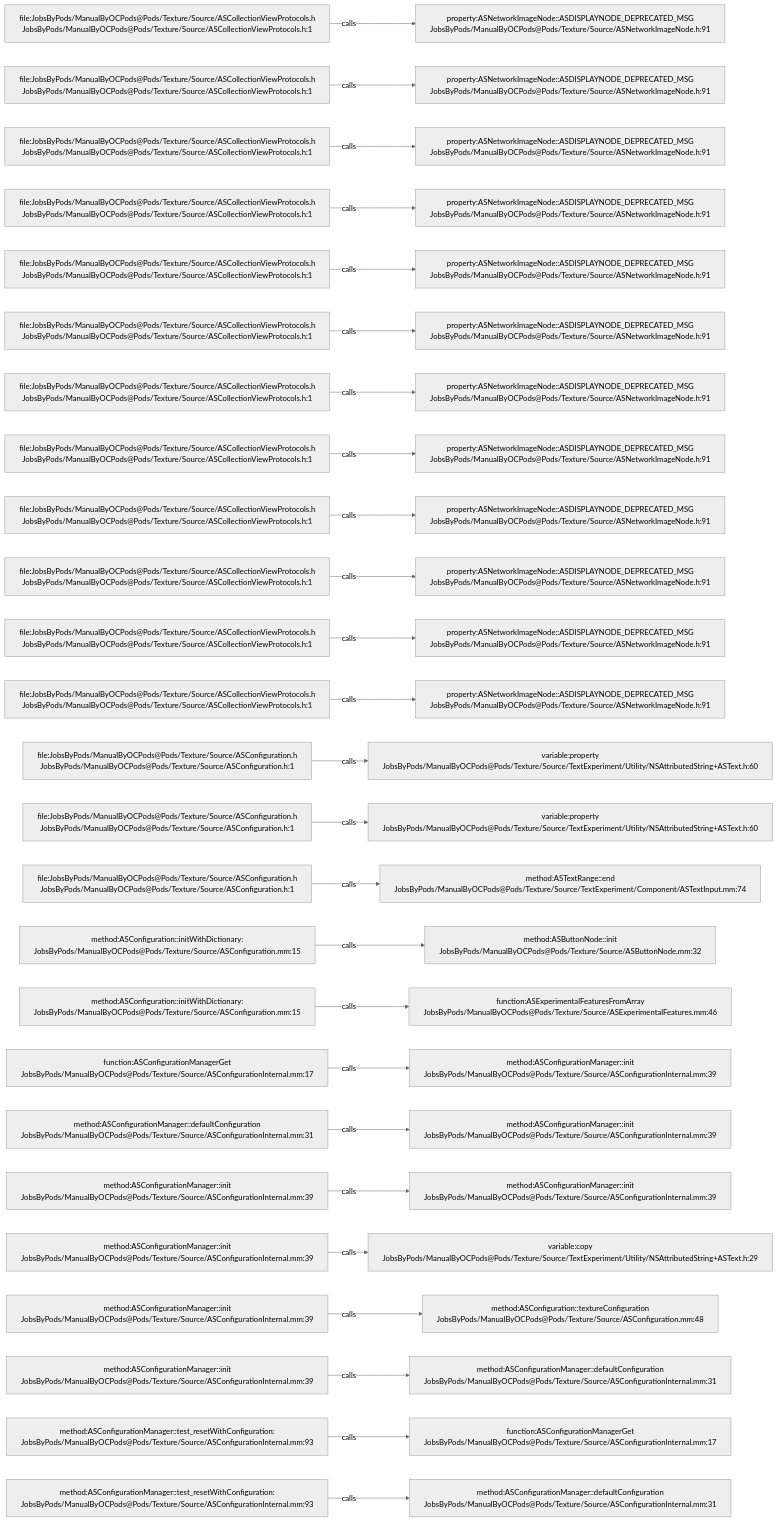
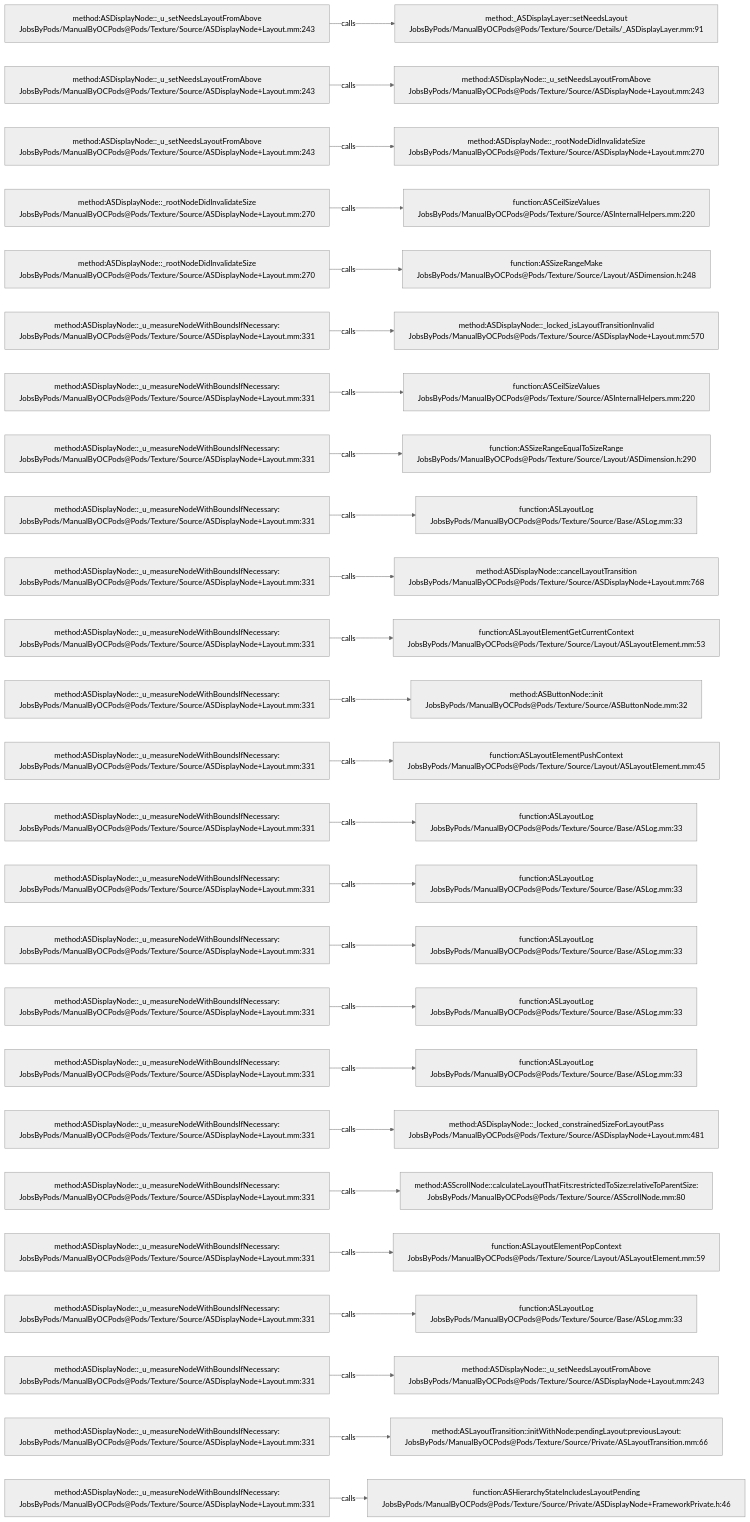
Before and after one commit to JobsKits/JobsOCBaseConfigDemo: the diagram in .codegraph/codegraph.md/graphs/calls-083.md, drawn with Mermaid (neutral theme). The commit also changed 1448 other files, not shown here.

````diff
--- a/.codegraph/codegraph.md/graphs/calls-083.md
+++ b/.codegraph/codegraph.md/graphs/calls-083.md
@@ -13,78 +13,78 @@
 ```mermaid
 flowchart LR
-  S1["file:JobsByPods/ManualByOCPods@Pods/Texture/Source/ASCollectionViewProtocols.h<br/>JobsByPods/ManualByOCPods@Pods/Texture/Source/ASCollectionViewProtocols.h:1"]
-  T1["property:ASNetworkImageNode::ASDISPLAYNODE_DEPRECATED_MSG<br/>JobsByPods/ManualByOCPods@Pods/Texture/Source/ASNetworkImageNode.h:91"]
+  S1["method:ASDisplayNode::_u_setNeedsLayoutFromAbove<br/>JobsByPods/ManualByOCPods@Pods/Texture/Source/ASDisplayNode+Layout.mm:243"]
+  T1["method:_ASDisplayLayer::setNeedsLayout<br/>JobsByPods/ManualByOCPods@Pods/Texture/Source/Details/_ASDisplayLayer.mm:91"]
   S1 -->|calls| T1
-  S2["file:JobsByPods/ManualByOCPods@Pods/Texture/Source/ASCollectionViewProtocols.h<br/>JobsByPods/ManualByOCPods@Pods/Texture/Source/ASCollectionViewProtocols.h:1"]
-  T2["property:ASNetworkImageNode::ASDISPLAYNODE_DEPRECATED_MSG<br/>JobsByPods/ManualByOCPods@Pods/Texture/Source/ASNetworkImageNode.h:91"]
+  S2["method:ASDisplayNode::_u_setNeedsLayoutFromAbove<br/>JobsByPods/ManualByOCPods@Pods/Texture/Source/ASDisplayNode+Layout.mm:243"]
+  T2["method:ASDisplayNode::_u_setNeedsLayoutFromAbove<br/>JobsByPods/ManualByOCPods@Pods/Texture/Source/ASDisplayNode+Layout.mm:243"]
   S2 -->|calls| T2
-  S3["file:JobsByPods/ManualByOCPods@Pods/Texture/Source/ASCollectionViewProtocols.h<br/>JobsByPods/ManualByOCPods@Pods/Texture/Source/ASCollectionViewProtocols.h:1"]
-  T3["property:ASNetworkImageNode::ASDISPLAYNODE_DEPRECATED_MSG<br/>JobsByPods/ManualByOCPods@Pods/Texture/Source/ASNetworkImageNode.h:91"]
+  S3["method:ASDisplayNode::_u_setNeedsLayoutFromAbove<br/>JobsByPods/ManualByOCPods@Pods/Texture/Source/ASDisplayNode+Layout.mm:243"]
+  T3["method:ASDisplayNode::_rootNodeDidInvalidateSize<br/>JobsByPods/ManualByOCPods@Pods/Texture/Source/ASDisplayNode+Layout.mm:270"]
   S3 -->|calls| T3
-  S4["file:JobsByPods/ManualByOCPods@Pods/Texture/Source/ASCollectionViewProtocols.h<br/>JobsByPods/ManualByOCPods@Pods/Texture/Source/ASCollectionViewProtocols.h:1"]
-  T4["property:ASNetworkImageNode::ASDISPLAYNODE_DEPRECATED_MSG<br/>JobsByPods/ManualByOCPods@Pods/Texture/Source/ASNetworkImageNode.h:91"]
+  S4["method:ASDisplayNode::_rootNodeDidInvalidateSize<br/>JobsByPods/ManualByOCPods@Pods/Texture/Source/ASDisplayNode+Layout.mm:270"]
+  T4["function:ASCeilSizeValues<br/>JobsByPods/ManualByOCPods@Pods/Texture/Source/ASInternalHelpers.mm:220"]
   S4 -->|calls| T4
-  S5["file:JobsByPods/ManualByOCPods@Pods/Texture/Source/ASCollectionViewProtocols.h<br/>JobsByPods/ManualByOCPods@Pods/Texture/Source/ASCollectionViewProtocols.h:1"]
-  T5["property:ASNetworkImageNode::ASDISPLAYNODE_DEPRECATED_MSG<br/>JobsByPods/ManualByOCPods@Pods/Texture/Source/ASNetworkImageNode.h:91"]
+  S5["method:ASDisplayNode::_rootNodeDidInvalidateSize<br/>JobsByPods/ManualByOCPods@Pods/Texture/Source/ASDisplayNode+Layout.mm:270"]
+  T5["function:ASSizeRangeMake<br/>JobsByPods/ManualByOCPods@Pods/Texture/Source/Layout/ASDimension.h:248"]
   S5 -->|calls| T5
-  S6["file:JobsByPods/ManualByOCPods@Pods/Texture/Source/ASCollectionViewProtocols.h<br/>JobsByPods/ManualByOCPods@Pods/Texture/Source/ASCollectionViewProtocols.h:1"]
-  T6["property:ASNetworkImageNode::ASDISPLAYNODE_DEPRECATED_MSG<br/>JobsByPods/ManualByOCPods@Pods/Texture/Source/ASNetworkImageNode.h:91"]
+  S6["method:ASDisplayNode::_u_measureNodeWithBoundsIfNecessary:<br/>JobsByPods/ManualByOCPods@Pods/Texture/Source/ASDisplayNode+Layout.mm:331"]
+  T6["method:ASDisplayNode::_locked_isLayoutTransitionInvalid<br/>JobsByPods/ManualByOCPods@Pods/Texture/Source/ASDisplayNode+Layout.mm:570"]
   S6 -->|calls| T6
-  S7["file:JobsByPods/ManualByOCPods@Pods/Texture/Source/ASCollectionViewProtocols.h<br/>JobsByPods/ManualByOCPods@Pods/Texture/Source/ASCollectionViewProtocols.h:1"]
-  T7["property:ASNetworkImageNode::ASDISPLAYNODE_DEPRECATED_MSG<br/>JobsByPods/ManualByOCPods@Pods/Texture/Source/ASNetworkImageNode.h:91"]
+  S7["method:ASDisplayNode::_u_measureNodeWithBoundsIfNecessary:<br/>JobsByPods/ManualByOCPods@Pods/Texture/Source/ASDisplayNode+Layout.mm:331"]
+  T7["function:ASCeilSizeValues<br/>JobsByPods/ManualByOCPods@Pods/Texture/Source/ASInternalHelpers.mm:220"]
   S7 -->|calls| T7
-  S8["file:JobsByPods/ManualByOCPods@Pods/Texture/Source/ASCollectionViewProtocols.h<br/>JobsByPods/ManualByOCPods@Pods/Texture/Source/ASCollectionViewProtocols.h:1"]
-  T8["property:ASNetworkImageNode::ASDISPLAYNODE_DEPRECATED_MSG<br/>JobsByPods/ManualByOCPods@Pods/Texture/Source/ASNetworkImageNode.h:91"]
+  S8["method:ASDisplayNode::_u_measureNodeWithBoundsIfNecessary:<br/>JobsByPods/ManualByOCPods@Pods/Texture/Source/ASDisplayNode+Layout.mm:331"]
+  T8["function:ASSizeRangeEqualToSizeRange<br/>JobsByPods/ManualByOCPods@Pods/Texture/Source/Layout/ASDimension.h:290"]
   S8 -->|calls| T8
-  S9["file:JobsByPods/ManualByOCPods@Pods/Texture/Source/ASCollectionViewProtocols.h<br/>JobsByPods/ManualByOCPods@Pods/Texture/Source/ASCollectionViewProtocols.h:1"]
-  T9["property:ASNetworkImageNode::ASDISPLAYNODE_DEPRECATED_MSG<br/>JobsByPods/ManualByOCPods@Pods/Texture/Source/ASNetworkImageNode.h:91"]
+  S9["method:ASDisplayNode::_u_measureNodeWithBoundsIfNecessary:<br/>JobsByPods/ManualByOCPods@Pods/Texture/Source/ASDisplayNode+Layout.mm:331"]
+  T9["function:ASLayoutLog<br/>JobsByPods/ManualByOCPods@Pods/Texture/Source/Base/ASLog.mm:33"]
   S9 -->|calls| T9
-  S10["file:JobsByPods/ManualByOCPods@Pods/Texture/Source/ASCollectionViewProtocols.h<br/>JobsByPods/ManualByOCPods@Pods/Texture/Source/ASCollectionViewProtocols.h:1"]
-  T10["property:ASNetworkImageNode::ASDISPLAYNODE_DEPRECATED_MSG<br/>JobsByPods/ManualByOCPods@Pods/Texture/Source/ASNetworkImageNode.h:91"]
+  S10["method:ASDisplayNode::_u_measureNodeWithBoundsIfNecessary:<br/>JobsByPods/ManualByOCPods@Pods/Texture/Source/ASDisplayNode+Layout.mm:331"]
+  T10["method:ASDisplayNode::cancelLayoutTransition<br/>JobsByPods/ManualByOCPods@Pods/Texture/Source/ASDisplayNode+Layout.mm:768"]
   S10 -->|calls| T10
-  S11["file:JobsByPods/ManualByOCPods@Pods/Texture/Source/ASCollectionViewProtocols.h<br/>JobsByPods/ManualByOCPods@Pods/Texture/Source/ASCollectionViewProtocols.h:1"]
-  T11["property:ASNetworkImageNode::ASDISPLAYNODE_DEPRECATED_MSG<br/>JobsByPods/ManualByOCPods@Pods/Texture/Source/ASNetworkImageNode.h:91"]
+  S11["method:ASDisplayNode::_u_measureNodeWithBoundsIfNecessary:<br/>JobsByPods/ManualByOCPods@Pods/Texture/Source/ASDisplayNode+Layout.mm:331"]
+  T11["function:ASLayoutElementGetCurrentContext<br/>JobsByPods/ManualByOCPods@Pods/Texture/Source/Layout/ASLayoutElement.mm:53"]
   S11 -->|calls| T11
-  S12["file:JobsByPods/ManualByOCPods@Pods/Texture/Source/ASCollectionViewProtocols.h<br/>JobsByPods/ManualByOCPods@Pods/Texture/Source/ASCollectionViewProtocols.h:1"]
-  T12["property:ASNetworkImageNode::ASDISPLAYNODE_DEPRECATED_MSG<br/>JobsByPods/ManualByOCPods@Pods/Texture/Source/ASNetworkImageNode.h:91"]
+  S12["method:ASDisplayNode::_u_measureNodeWithBoundsIfNecessary:<br/>JobsByPods/ManualByOCPods@Pods/Texture/Source/ASDisplayNode+Layout.mm:331"]
+  T12["method:ASButtonNode::init<br/>JobsByPods/ManualByOCPods@Pods/Texture/Source/ASButtonNode.mm:32"]
   S12 -->|calls| T12
-  S13["file:JobsByPods/ManualByOCPods@Pods/Texture/Source/ASConfiguration.h<br/>JobsByPods/ManualByOCPods@Pods/Texture/Source/ASConfiguration.h:1"]
-  T13["variable:property<br/>JobsByPods/ManualByOCPods@Pods/Texture/Source/TextExperiment/Utility/NSAttributedString+ASText.h:60"]
+  S13["method:ASDisplayNode::_u_measureNodeWithBoundsIfNecessary:<br/>JobsByPods/ManualByOCPods@Pods/Texture/Source/ASDisplayNode+Layout.mm:331"]
+  T13["function:ASLayoutElementPushContext<br/>JobsByPods/ManualByOCPods@Pods/Texture/Source/Layout/ASLayoutElement.mm:45"]
   S13 -->|calls| T13
-  S14["file:JobsByPods/ManualByOCPods@Pods/Texture/Source/ASConfiguration.h<br/>JobsByPods/ManualByOCPods@Pods/Texture/Source/ASConfiguration.h:1"]
-  T14["variable:property<br/>JobsByPods/ManualByOCPods@Pods/Texture/Source/TextExperiment/Utility/NSAttributedString+ASText.h:60"]
+  S14["method:ASDisplayNode::_u_measureNodeWithBoundsIfNecessary:<br/>JobsByPods/ManualByOCPods@Pods/Texture/Source/ASDisplayNode+Layout.mm:331"]
+  T14["function:ASLayoutLog<br/>JobsByPods/ManualByOCPods@Pods/Texture/Source/Base/ASLog.mm:33"]
   S14 -->|calls| T14
-  S15["file:JobsByPods/ManualByOCPods@Pods/Texture/Source/ASConfiguration.h<br/>JobsByPods/ManualByOCPods@Pods/Texture/Source/ASConfiguration.h:1"]
-  T15["method:ASTextRange::end<br/>JobsByPods/ManualByOCPods@Pods/Texture/Source/TextExperiment/Component/ASTextInput.mm:74"]
+  S15["method:ASDisplayNode::_u_measureNodeWithBoundsIfNecessary:<br/>JobsByPods/ManualByOCPods@Pods/Texture/Source/ASDisplayNode+Layout.mm:331"]
+  T15["function:ASLayoutLog<br/>JobsByPods/ManualByOCPods@Pods/Texture/Source/Base/ASLog.mm:33"]
   S15 -->|calls| T15
-  S16["method:ASConfiguration::initWithDictionary:<br/>JobsByPods/ManualByOCPods@Pods/Texture/Source/ASConfiguration.mm:15"]
-  T16["method:ASButtonNode::init<br/>JobsByPods/ManualByOCPods@Pods/Texture/Source/ASButtonNode.mm:32"]
+  S16["method:ASDisplayNode::_u_measureNodeWithBoundsIfNecessary:<br/>JobsByPods/ManualByOCPods@Pods/Texture/Source/ASDisplayNode+Layout.mm:331"]
+  T16["function:ASLayoutLog<br/>JobsByPods/ManualByOCPods@Pods/Texture/Source/Base/ASLog.mm:33"]
   S16 -->|calls| T16
-  S17["method:ASConfiguration::initWithDictionary:<br/>JobsByPods/ManualByOCPods@Pods/Texture/Source/ASConfiguration.mm:15"]
-  T17["function:ASExperimentalFeaturesFromArray<br/>JobsByPods/ManualByOCPods@Pods/Texture/Source/ASExperimentalFeatures.mm:46"]
+  S17["method:ASDisplayNode::_u_measureNodeWithBoundsIfNecessary:<br/>JobsByPods/ManualByOCPods@Pods/Texture/Source/ASDisplayNode+Layout.mm:331"]
+  T17["function:ASLayoutLog<br/>JobsByPods/ManualByOCPods@Pods/Texture/Source/Base/ASLog.mm:33"]
   S17 -->|calls| T17
-  S18["function:ASConfigurationManagerGet<br/>JobsByPods/ManualByOCPods@Pods/Texture/Source/ASConfigurationInternal.mm:17"]
-  T18["method:ASConfigurationManager::init<br/>JobsByPods/ManualByOCPods@Pods/Texture/Source/ASConfigurationInternal.mm:39"]
+  S18["method:ASDisplayNode::_u_measureNodeWithBoundsIfNecessary:<br/>JobsByPods/ManualByOCPods@Pods/Texture/Source/ASDisplayNode+Layout.mm:331"]
+  T18["function:ASLayoutLog<br/>JobsByPods/ManualByOCPods@Pods/Texture/Source/Base/ASLog.mm:33"]
   S18 -->|calls| T18
-  S19["method:ASConfigurationManager::defaultConfiguration<br/>JobsByPods/ManualByOCPods@Pods/Texture/Source/ASConfigurationInternal.mm:31"]
-  T19["method:ASConfigurationManager::init<br/>JobsByPods/ManualByOCPods@Pods/Texture/Source/ASConfigurationInternal.mm:39"]
+  S19["method:ASDisplayNode::_u_measureNodeWithBoundsIfNecessary:<br/>JobsByPods/ManualByOCPods@Pods/Texture/Source/ASDisplayNode+Layout.mm:331"]
+  T19["method:ASDisplayNode::_locked_constrainedSizeForLayoutPass<br/>JobsByPods/ManualByOCPods@Pods/Texture/Source/ASDisplayNode+Layout.mm:481"]
   S19 -->|calls| T19
-  S20["method:ASConfigurationManager::init<br/>JobsByPods/ManualByOCPods@Pods/Texture/Source/ASConfigurationInternal.mm:39"]
-  T20["method:ASConfigurationManager::init<br/>JobsByPods/ManualByOCPods@Pods/Texture/Source/ASConfigurationInternal.mm:39"]
+  S20["method:ASDisplayNode::_u_measureNodeWithBoundsIfNecessary:<br/>JobsByPods/ManualByOCPods@Pods/Texture/Source/ASDisplayNode+Layout.mm:331"]
+  T20["method:ASScrollNode::calculateLayoutThatFits:restrictedToSize:relativeToParentSize:<br/>JobsByPods/ManualByOCPods@Pods/Texture/Source/ASScrollNode.mm:80"]
   S20 -->|calls| T20
-  S21["method:ASConfigurationManager::init<br/>JobsByPods/ManualByOCPods@Pods/Texture/Source/ASConfigurationInternal.mm:39"]
-  T21["variable:copy<br/>JobsByPods/ManualByOCPods@Pods/Texture/Source/TextExperiment/Utility/NSAttributedString+ASText.h:29"]
+  S21["method:ASDisplayNode::_u_measureNodeWithBoundsIfNecessary:<br/>JobsByPods/ManualByOCPods@Pods/Texture/Source/ASDisplayNode+Layout.mm:331"]
+  T21["function:ASLayoutElementPopContext<br/>JobsByPods/ManualByOCPods@Pods/Texture/Source/Layout/ASLayoutElement.mm:59"]
   S21 -->|calls| T21
-  S22["method:ASConfigurationManager::init<br/>JobsByPods/ManualByOCPods@Pods/Texture/Source/ASConfigurationInternal.mm:39"]
-  T22["method:ASConfiguration::textureConfiguration<br/>JobsByPods/ManualByOCPods@Pods/Texture/Source/ASConfiguration.mm:48"]
+  S22["method:ASDisplayNode::_u_measureNodeWithBoundsIfNecessary:<br/>JobsByPods/ManualByOCPods@Pods/Texture/Source/ASDisplayNode+Layout.mm:331"]
+  T22["function:ASLayoutLog<br/>JobsByPods/ManualByOCPods@Pods/Texture/Source/Base/ASLog.mm:33"]
   S22 -->|calls| T22
-  S23["method:ASConfigurationManager::init<br/>JobsByPods/ManualByOCPods@Pods/Texture/Source/ASConfigurationInternal.mm:39"]
-  T23["method:ASConfigurationManager::defaultConfiguration<br/>JobsByPods/ManualByOCPods@Pods/Texture/Source/ASConfigurationInternal.mm:31"]
+  S23["method:ASDisplayNode::_u_measureNodeWithBoundsIfNecessary:<br/>JobsByPods/ManualByOCPods@Pods/Texture/Source/ASDisplayNode+Layout.mm:331"]
+  T23["method:ASDisplayNode::_u_setNeedsLayoutFromAbove<br/>JobsByPods/ManualByOCPods@Pods/Texture/Source/ASDisplayNode+Layout.mm:243"]
   S23 -->|calls| T23
-  S24["method:ASConfigurationManager::test_resetWithConfiguration:<br/>JobsByPods/ManualByOCPods@Pods/Texture/Source/ASConfigurationInternal.mm:93"]
-  T24["function:ASConfigurationManagerGet<br/>JobsByPods/ManualByOCPods@Pods/Texture/Source/ASConfigurationInternal.mm:17"]
+  S24["method:ASDisplayNode::_u_measureNodeWithBoundsIfNecessary:<br/>JobsByPods/ManualByOCPods@Pods/Texture/Source/ASDisplayNode+Layout.mm:331"]
+  T24["method:ASLayoutTransition::initWithNode:pendingLayout:previousLayout:<br/>JobsByPods/ManualByOCPods@Pods/Texture/Source/Private/ASLayoutTransition.mm:66"]
   S24 -->|calls| T24
-  S25["method:ASConfigurationManager::test_resetWithConfiguration:<br/>JobsByPods/ManualByOCPods@Pods/Texture/Source/ASConfigurationInternal.mm:93"]
-  T25["method:ASConfigurationManager::defaultConfiguration<br/>JobsByPods/ManualByOCPods@Pods/Texture/Source/ASConfigurationInternal.mm:31"]
+  S25["method:ASDisplayNode::_u_measureNodeWithBoundsIfNecessary:<br/>JobsByPods/ManualByOCPods@Pods/Texture/Source/ASDisplayNode+Layout.mm:331"]
+  T25["function:ASHierarchyStateIncludesLayoutPending<br/>JobsByPods/ManualByOCPods@Pods/Texture/Source/Private/ASDisplayNode+FrameworkPrivate.h:46"]
   S25 -->|calls| T25
 ```
````
